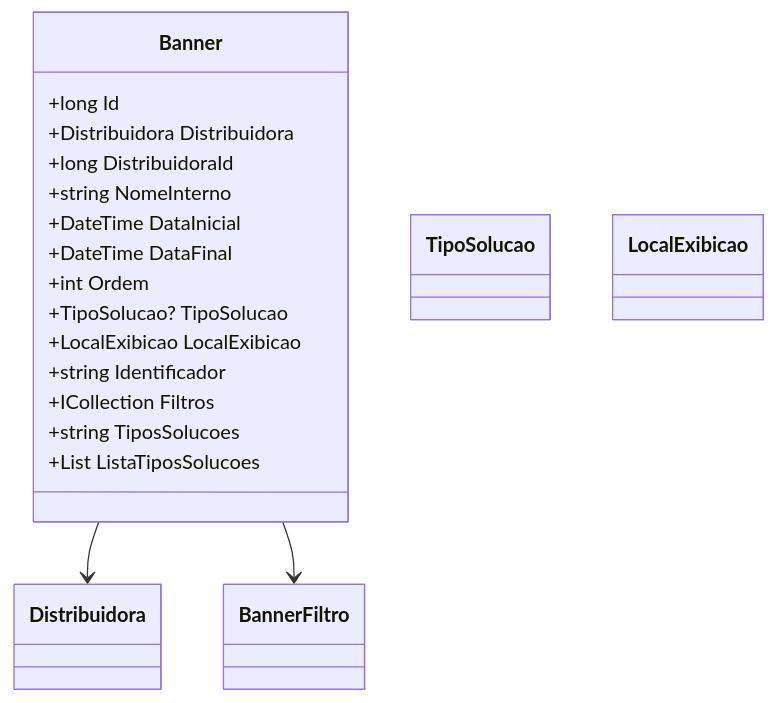
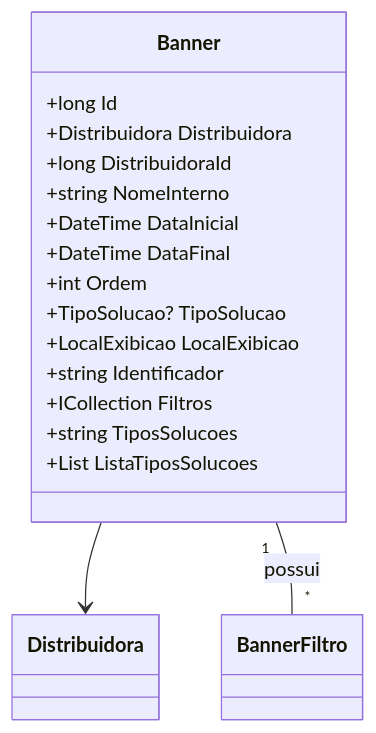
One commit to IsthmusSistemas/documentacao-tecnica changed the second of 2 diagrams in docs/b2b-dominio/IsthmusWinthor.Nucleo/IsthmusWinthor.Dominio/Entidades/Banner.md. Above: the diagram before and after it, drawn with Mermaid. The commit also changed other lines of this file and 882 other files, not shown here.

````diff
--- a/docs/b2b-dominio/IsthmusWinthor.Nucleo/IsthmusWinthor.Dominio/Entidades/Banner.md
+++ b/docs/b2b-dominio/IsthmusWinthor.Nucleo/IsthmusWinthor.Dominio/Entidades/Banner.md
@@ -42,33 +46,21 @@
 ```mermaid
 classDiagram
     class Banner {
         +long Id
         +Distribuidora Distribuidora
         +long DistribuidoraId
         +string NomeInterno
         +DateTime DataInicial
         +DateTime DataFinal
         +int Ordem
         +TipoSolucao? TipoSolucao
         +LocalExibicao LocalExibicao
         +string Identificador
         +ICollection<BannerFiltro> Filtros
         +string TiposSolucoes
         +List<TipoSolucao> ListaTiposSolucoes
     }
 
-    class Distribuidora {
-    }
-
-    class BannerFiltro {
-    }
-
-    class TipoSolucao {
-    }
-
-    class LocalExibicao {
-    }
-
     Banner --> Distribuidora
-    Banner --> BannerFiltro
+    Banner "1" -- "*" BannerFiltro : possui
 ```
````
